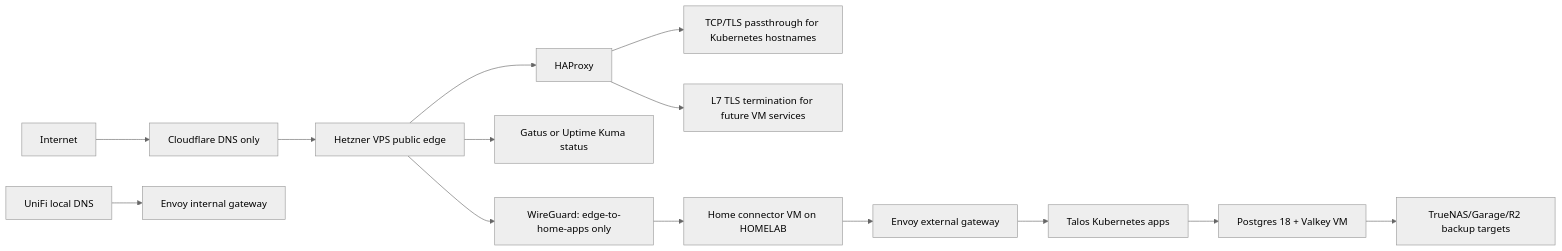
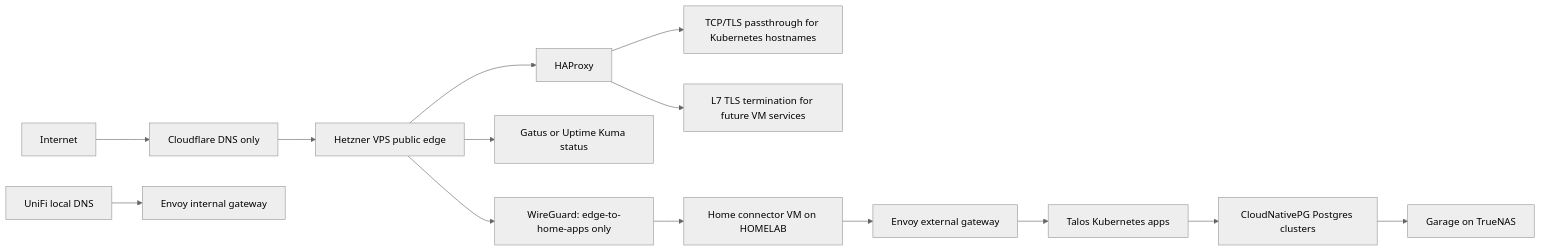
One commit to tansanrao/nimbus-casa changed the diagram in ARCHITECTURE.md. Above: the diagram before and after it, drawn with Mermaid (neutral theme). The commit also changed other lines of this file, not shown here.

````diff
--- a/ARCHITECTURE.md
+++ b/ARCHITECTURE.md
@@ -102,20 +101,20 @@
 ```mermaid
 flowchart LR
   internet["Internet"] --> cf_dns["Cloudflare DNS only"]
   cf_dns --> vps["Hetzner VPS public edge"]
 
   vps --> haproxy["HAProxy"]
   vps --> uptime["Gatus or Uptime Kuma status"]
   vps --> wg0["WireGuard: edge-to-home-apps only"]
 
   haproxy --> passthrough["TCP/TLS passthrough for Kubernetes hostnames"]
   haproxy --> l7["L7 TLS termination for future VM services"]
 
   wg0 --> homegw["Home connector VM on HOMELAB"]
   homegw --> envoy["Envoy external gateway"]
   envoy --> k8s["Talos Kubernetes apps"]
   homedns["UniFi local DNS"] --> internal["Envoy internal gateway"]
 
-  k8s --> dbvm["Postgres 18 + Valkey VM"]
-  dbvm --> backups["TrueNAS/Garage/R2 backup targets"]
+  k8s --> cnpg["CloudNativePG Postgres clusters"]
+  cnpg --> backups["Garage on TrueNAS"]
 ```
````
